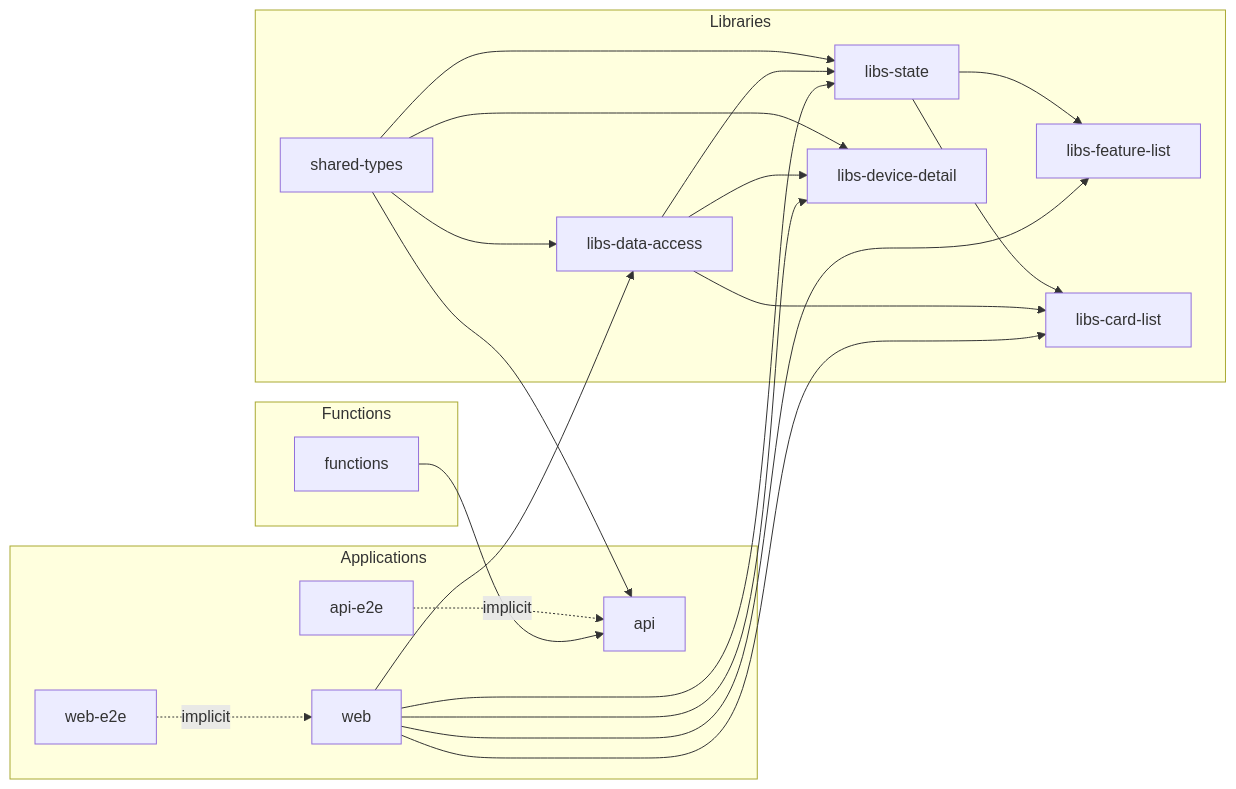
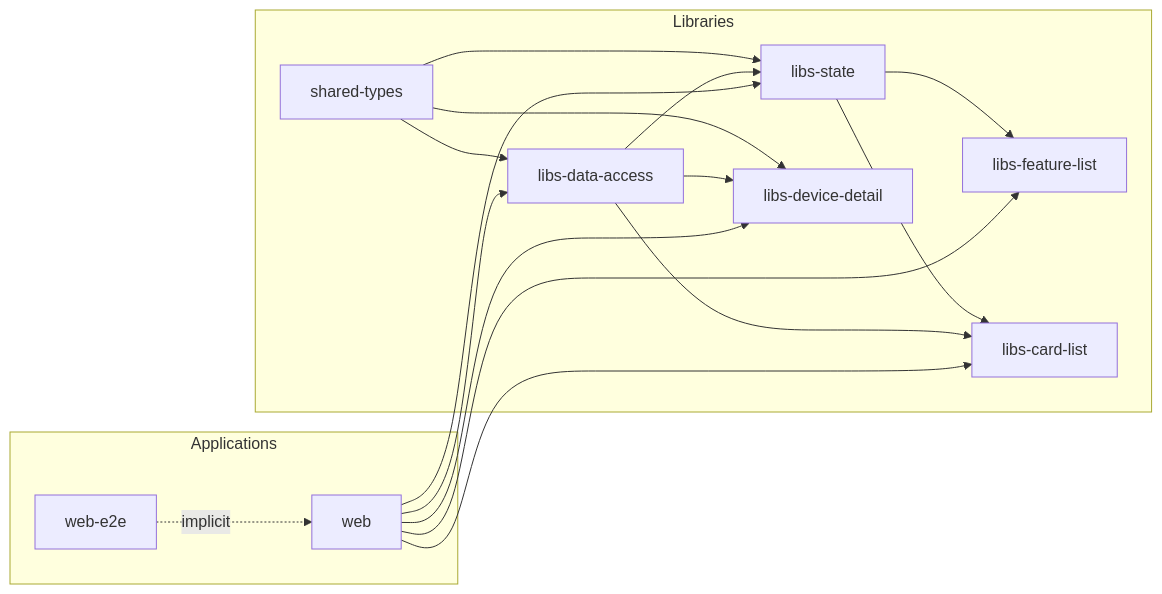
Before and after one commit to gurezo/chirimen-device-dashboard: the second of 3 diagrams in README.md, drawn with Mermaid. The commit also changed other lines of this file and 43 other files, not shown here.

First line of the commit message:
chore(workspace): remove apps/api, apps/api-e2e, functions and related backend

````diff
--- a/README.md
+++ b/README.md
@@ -44,45 +37,35 @@
 ```mermaid
 flowchart LR
     subgraph apps["Applications"]
         web["web"]
-        api["api"]
         webE2e["web-e2e"]
-        apiE2e["api-e2e"]
     end
 
     subgraph libs["Libraries"]
         sharedTypes["shared-types"]
         dataAccess["libs-data-access"]
         stateLib["libs-state"]
         featureList["libs-feature-list"]
         cardList["libs-card-list"]
         deviceDetail["libs-device-detail"]
     end
 
-    subgraph funcs["Functions"]
-        functionsNode["functions"]
-    end
-
     sharedTypes --> dataAccess
     sharedTypes --> stateLib
-    sharedTypes --> api
     sharedTypes --> deviceDetail
 
     dataAccess --> stateLib
 
     stateLib --> featureList
     stateLib --> cardList
     dataAccess --> cardList
     dataAccess --> deviceDetail
 
     web --> dataAccess
     web --> stateLib
     web --> featureList
     web --> cardList
     web --> deviceDetail
 
     webE2e -.->|implicit| web
-    apiE2e -.->|implicit| api
-
-    functionsNode --> api
 ```
````
